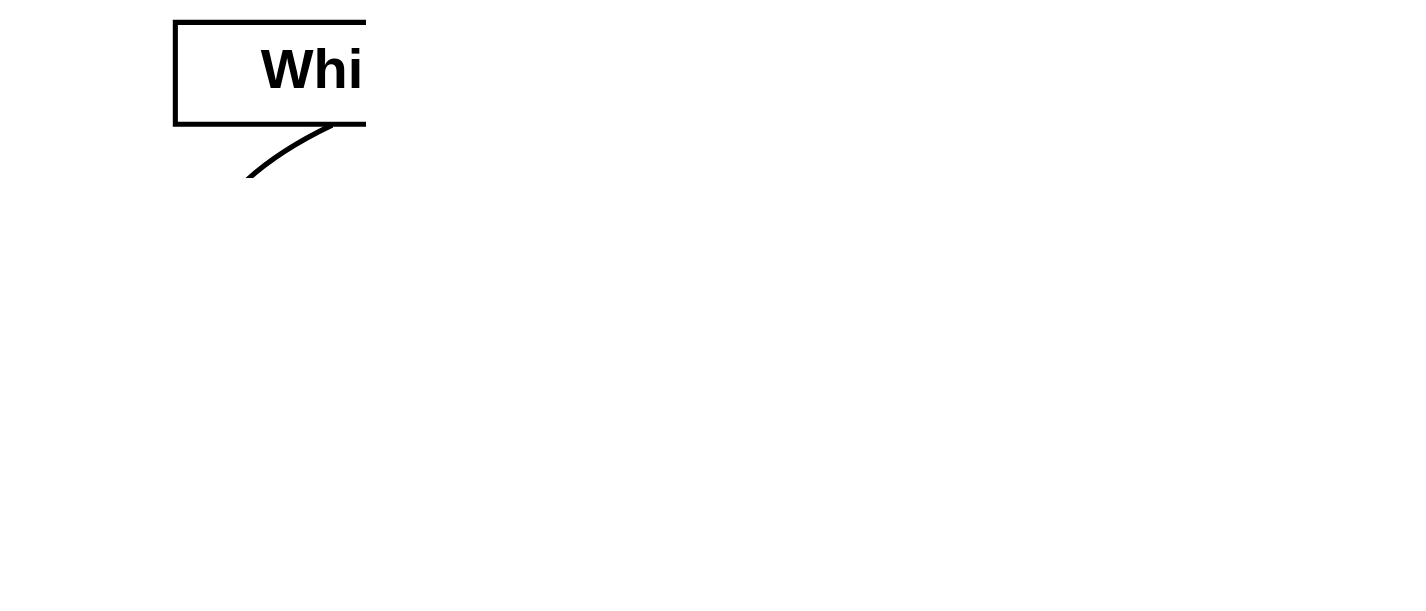
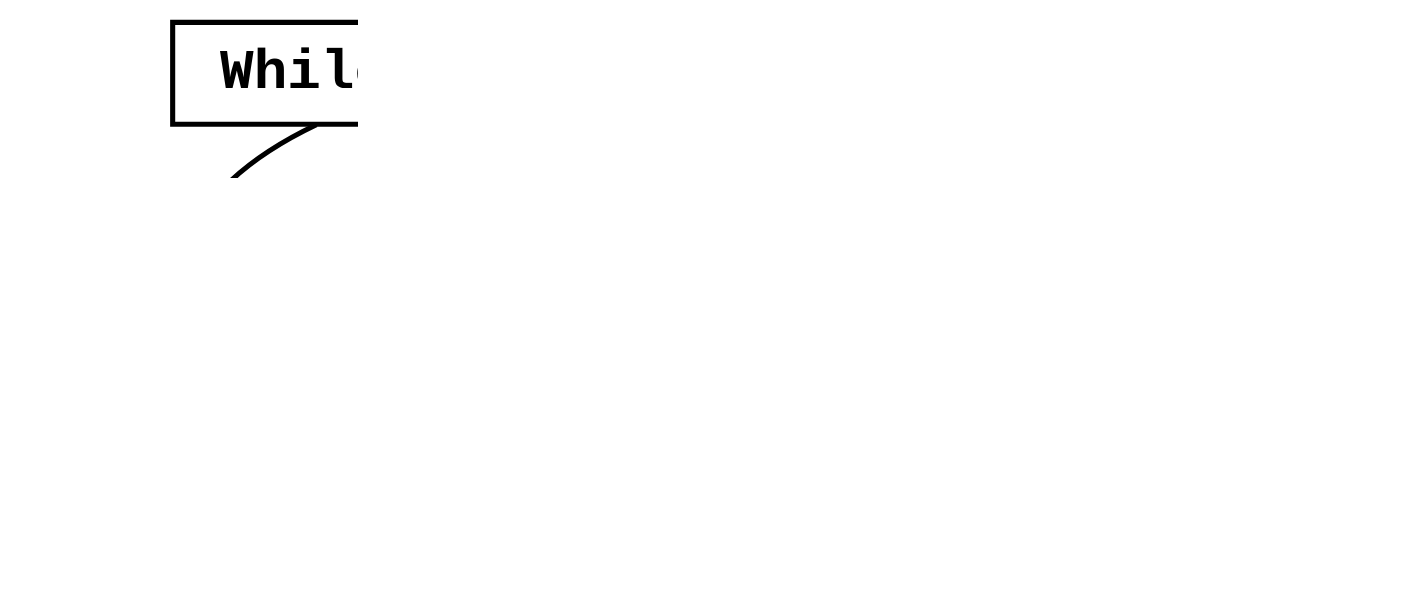
Before and after one commit to chrreisinger/OpenVC: the diagram in document/Masterarbeit/src/WhileStatement.dot, drawn with Graphviz. The commit also changed 11 other files, not shown here.

```diff
--- a/document/Masterarbeit/src/WhileStatement.dot
+++ b/document/Masterarbeit/src/WhileStatement.dot
@@ -1,20 +1,20 @@
 digraph {
-	graph [ dpi = 300 ];
+	graph [ dpi = 300, fontname=Arial ];
 	ordering=out;
 	ranksep=.3;
-	node [shape=box, fixedsize=false, fontsize=11, fontname="Helvetica-bold", width=.25, height=.25];
+	node [shape=box, fixedsize=false, fontsize=11, fontname="Courier-Bold", width=.25, height=.25];
 	edge [arrowsize=.5, color="black"]
 
 	WhileStatement:
 	None;
 	expr;
 	List;
 	statement1;
 	statement2;
 
 	WhileStatement -> None [label=" label"]
 	WhileStatement -> expr [label=" expression"]
 	WhileStatement -> List [label=" statements"]
 	List -> statement1
 	List -> statement2
 }
```
